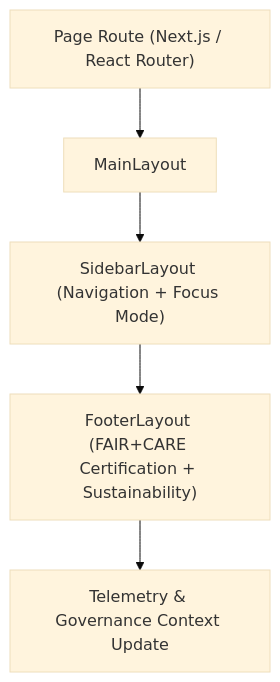
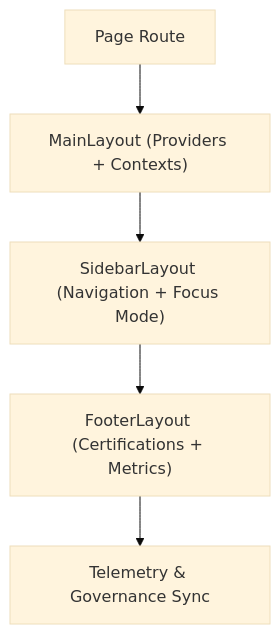
The diagram in web/src/components/Layout/README.md (bartytime4life/Kansas-Frontier-Matrix), drawn with Mermaid (base theme) before and after one commit. The commit also changed other lines of this file, not shown here.

````diff
--- a/web/src/components/Layout/README.md
+++ b/web/src/components/Layout/README.md
@@ -63,7 +53,7 @@
 ```mermaid
 flowchart TD
-    A["Page Route (Next.js / React Router)"] --> B["MainLayout"]
-    B --> C["SidebarLayout (Navigation + Focus Mode)"]
-    C --> D["FooterLayout (FAIR+CARE Certification + Sustainability)"]
-    D --> E["Telemetry & Governance Context Update"]
+A["Page Route"] --> B["MainLayout (Providers + Contexts)"]
+B --> C["SidebarLayout (Navigation + Focus Mode)"]
+C --> D["FooterLayout (Certifications + Metrics)"]
+D --> E["Telemetry & Governance Sync"]
 ```
````
